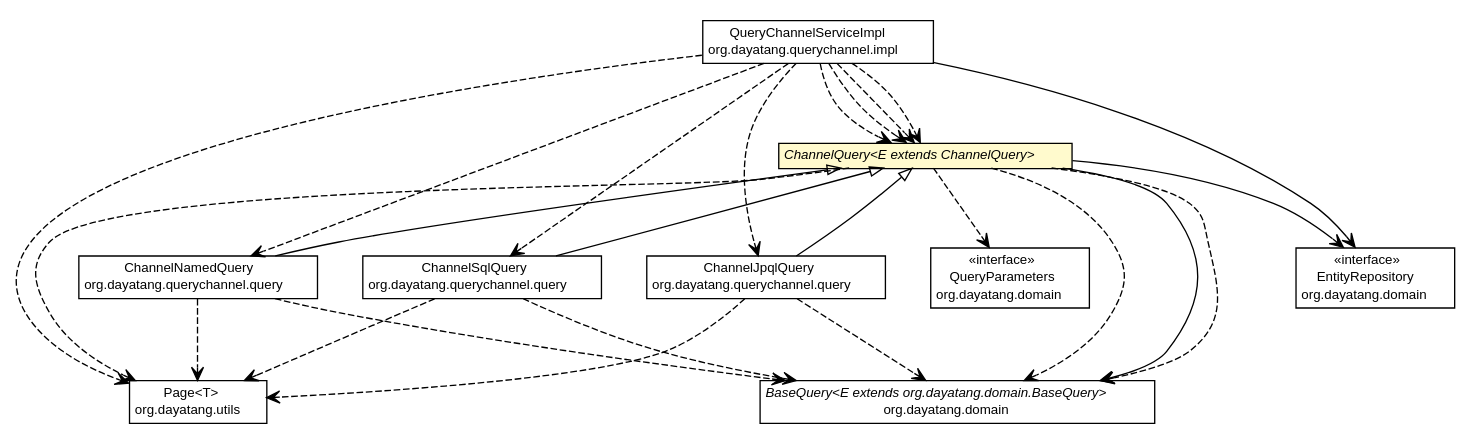
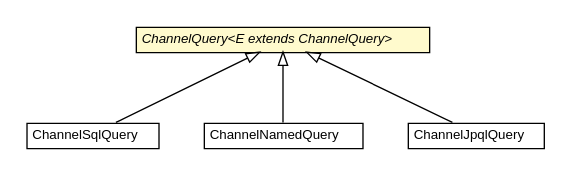
Before and after one commit to dayatang/dddlib: the diagram in dddlib-query-channel/apidocs/org/dayatang/querychannel/ChannelQuery.dot, drawn with Graphviz. The commit also changed 148 other files, not shown here.

```diff
--- a/dddlib-query-channel/apidocs/org/dayatang/querychannel/ChannelQuery.dot
+++ b/dddlib-query-channel/apidocs/org/dayatang/querychannel/ChannelQuery.dot
@@ -1,124 +1,42 @@
 #!/usr/local/bin/dot
 #
 # Class diagram 
 # Generated by UMLGraph version R5_6_6-8-g8d7759 (http://www.umlgraph.org/)
 #
 
 digraph G {
 	edge [fontname="Helvetica",fontsize=10,labelfontname="Helvetica",labelfontsize=10];
 	node [fontname="Helvetica",fontsize=10,shape=plaintext];
 	nodesep=0.25;
 	ranksep=0.5;
 	// org.dayatang.querychannel.ChannelQuery<E extends org.dayatang.querychannel.ChannelQuery>
-	c57 [label=<<table title="org.dayatang.querychannel.ChannelQuery" border="0" cellborder="1" cellspacing="0" cellpadding="2" port="p" bgcolor="lemonChiffon" href="./ChannelQuery.html">
+	c38 [label=<<table title="org.dayatang.querychannel.ChannelQuery" border="0" cellborder="1" cellspacing="0" cellpadding="2" port="p" bgcolor="lemonChiffon" href="./ChannelQuery.html">
 		<tr><td><table border="0" cellspacing="0" cellpadding="1">
 <tr><td align="center" balign="center"><font face="Helvetica-Oblique"> ChannelQuery&lt;E extends ChannelQuery&gt; </font></td></tr>
 		</table></td></tr>
 		</table>>, URL="./ChannelQuery.html", fontname="Helvetica", fontcolor="black", fontsize=10.0];
-	// org.dayatang.querychannel.impl.QueryChannelServiceImpl
-	c58 [label=<<table title="org.dayatang.querychannel.impl.QueryChannelServiceImpl" border="0" cellborder="1" cellspacing="0" cellpadding="2" port="p" href="./impl/QueryChannelServiceImpl.html">
-		<tr><td><table border="0" cellspacing="0" cellpadding="1">
-<tr><td align="center" balign="center"> QueryChannelServiceImpl </td></tr>
-<tr><td align="center" balign="center"> org.dayatang.querychannel.impl </td></tr>
-		</table></td></tr>
-		</table>>, URL="./impl/QueryChannelServiceImpl.html", fontname="Helvetica", fontcolor="black", fontsize=10.0];
 	// org.dayatang.querychannel.query.ChannelSqlQuery
-	c59 [label=<<table title="org.dayatang.querychannel.query.ChannelSqlQuery" border="0" cellborder="1" cellspacing="0" cellpadding="2" port="p" href="./query/ChannelSqlQuery.html">
+	c40 [label=<<table title="org.dayatang.querychannel.query.ChannelSqlQuery" border="0" cellborder="1" cellspacing="0" cellpadding="2" port="p" href="./query/ChannelSqlQuery.html">
 		<tr><td><table border="0" cellspacing="0" cellpadding="1">
 <tr><td align="center" balign="center"> ChannelSqlQuery </td></tr>
-<tr><td align="center" balign="center"> org.dayatang.querychannel.query </td></tr>
 		</table></td></tr>
 		</table>>, URL="./query/ChannelSqlQuery.html", fontname="Helvetica", fontcolor="black", fontsize=10.0];
 	// org.dayatang.querychannel.query.ChannelNamedQuery
-	c60 [label=<<table title="org.dayatang.querychannel.query.ChannelNamedQuery" border="0" cellborder="1" cellspacing="0" cellpadding="2" port="p" href="./query/ChannelNamedQuery.html">
+	c41 [label=<<table title="org.dayatang.querychannel.query.ChannelNamedQuery" border="0" cellborder="1" cellspacing="0" cellpadding="2" port="p" href="./query/ChannelNamedQuery.html">
 		<tr><td><table border="0" cellspacing="0" cellpadding="1">
 <tr><td align="center" balign="center"> ChannelNamedQuery </td></tr>
-<tr><td align="center" balign="center"> org.dayatang.querychannel.query </td></tr>
 		</table></td></tr>
 		</table>>, URL="./query/ChannelNamedQuery.html", fontname="Helvetica", fontcolor="black", fontsize=10.0];
 	// org.dayatang.querychannel.query.ChannelJpqlQuery
-	c61 [label=<<table title="org.dayatang.querychannel.query.ChannelJpqlQuery" border="0" cellborder="1" cellspacing="0" cellpadding="2" port="p" href="./query/ChannelJpqlQuery.html">
+	c42 [label=<<table title="org.dayatang.querychannel.query.ChannelJpqlQuery" border="0" cellborder="1" cellspacing="0" cellpadding="2" port="p" href="./query/ChannelJpqlQuery.html">
 		<tr><td><table border="0" cellspacing="0" cellpadding="1">
 <tr><td align="center" balign="center"> ChannelJpqlQuery </td></tr>
-<tr><td align="center" balign="center"> org.dayatang.querychannel.query </td></tr>
 		</table></td></tr>
 		</table>>, URL="./query/ChannelJpqlQuery.html", fontname="Helvetica", fontcolor="black", fontsize=10.0];
 	//org.dayatang.querychannel.query.ChannelSqlQuery extends org.dayatang.querychannel.ChannelQuery<org.dayatang.querychannel.query.ChannelSqlQuery>
-	c57:p -> c59:p [dir=back,arrowtail=empty];
+	c38:p -> c40:p [dir=back,arrowtail=empty];
 	//org.dayatang.querychannel.query.ChannelNamedQuery extends org.dayatang.querychannel.ChannelQuery<org.dayatang.querychannel.query.ChannelNamedQuery>
-	c57:p -> c60:p [dir=back,arrowtail=empty];
+	c38:p -> c41:p [dir=back,arrowtail=empty];
 	//org.dayatang.querychannel.query.ChannelJpqlQuery extends org.dayatang.querychannel.ChannelQuery<org.dayatang.querychannel.query.ChannelJpqlQuery>
-	c57:p -> c61:p [dir=back,arrowtail=empty];
-	// org.dayatang.querychannel.ChannelQuery<E extends org.dayatang.querychannel.ChannelQuery> NAVASSOC org.dayatang.domain.EntityRepository
-	c57:p -> c62:p [taillabel="", label=" "headlabel="", fontname="Helvetica", fontcolor="black", fontsize=10.0, color="black", arrowhead=open];
-	// org.dayatang.querychannel.ChannelQuery<E extends org.dayatang.querychannel.ChannelQuery> NAVASSOC org.dayatang.domain.BaseQuery<E extends org.dayatang.domain.BaseQuery>
-	c57:p -> c63:p [taillabel="", label=" "headlabel="", fontname="Helvetica", fontcolor="black", fontsize=10.0, color="black", arrowhead=open];
-	// org.dayatang.querychannel.impl.QueryChannelServiceImpl NAVASSOC org.dayatang.domain.EntityRepository
-	c58:p -> c62:p [taillabel="", label=" "headlabel="", fontname="Helvetica", fontcolor="black", fontsize=10.0, color="black", arrowhead=open];
-	// org.dayatang.querychannel.ChannelQuery<E extends org.dayatang.querychannel.ChannelQuery> DEPEND org.dayatang.domain.BaseQuery<E extends org.dayatang.domain.BaseQuery>
-	c57:p -> c63:p [taillabel="", label=" "headlabel="", fontname="Helvetica", fontcolor="black", fontsize=10.0, color="black", arrowhead=open, style=dashed];
-	// org.dayatang.querychannel.ChannelQuery<E extends org.dayatang.querychannel.ChannelQuery> DEPEND org.dayatang.domain.BaseQuery<E extends org.dayatang.domain.BaseQuery>
-	c57:p -> c63:p [taillabel="", label=" "headlabel="", fontname="Helvetica", fontcolor="black", fontsize=10.0, color="black", arrowhead=open, style=dashed];
-	// org.dayatang.querychannel.ChannelQuery<E extends org.dayatang.querychannel.ChannelQuery> DEPEND org.dayatang.utils.Page<T>
-	c57:p -> c64:p [taillabel="", label=" "headlabel="", fontname="Helvetica", fontcolor="black", fontsize=10.0, color="black", arrowhead=open, style=dashed];
-	// org.dayatang.querychannel.ChannelQuery<E extends org.dayatang.querychannel.ChannelQuery> DEPEND org.dayatang.domain.QueryParameters
-	c57:p -> c65:p [taillabel="", label=" "headlabel="", fontname="Helvetica", fontcolor="black", fontsize=10.0, color="black", arrowhead=open, style=dashed];
-	// org.dayatang.querychannel.impl.QueryChannelServiceImpl DEPEND org.dayatang.querychannel.query.ChannelNamedQuery
-	c58:p -> c60:p [taillabel="", label=" "headlabel="", fontname="Helvetica", fontcolor="black", fontsize=10.0, color="black", arrowhead=open, style=dashed];
-	// org.dayatang.querychannel.impl.QueryChannelServiceImpl DEPEND org.dayatang.querychannel.ChannelQuery<E extends org.dayatang.querychannel.ChannelQuery>
-	c58:p -> c57:p [taillabel="", label=" "headlabel="", fontname="Helvetica", fontcolor="black", fontsize=10.0, color="black", arrowhead=open, style=dashed];
-	// org.dayatang.querychannel.impl.QueryChannelServiceImpl DEPEND org.dayatang.querychannel.query.ChannelSqlQuery
-	c58:p -> c59:p [taillabel="", label=" "headlabel="", fontname="Helvetica", fontcolor="black", fontsize=10.0, color="black", arrowhead=open, style=dashed];
-	// org.dayatang.querychannel.impl.QueryChannelServiceImpl DEPEND org.dayatang.querychannel.ChannelQuery<E extends org.dayatang.querychannel.ChannelQuery>
-	c58:p -> c57:p [taillabel="", label=" "headlabel="", fontname="Helvetica", fontcolor="black", fontsize=10.0, color="black", arrowhead=open, style=dashed];
-	// org.dayatang.querychannel.impl.QueryChannelServiceImpl DEPEND org.dayatang.querychannel.ChannelQuery<E extends org.dayatang.querychannel.ChannelQuery>
-	c58:p -> c57:p [taillabel="", label=" "headlabel="", fontname="Helvetica", fontcolor="black", fontsize=10.0, color="black", arrowhead=open, style=dashed];
-	// org.dayatang.querychannel.impl.QueryChannelServiceImpl DEPEND org.dayatang.querychannel.ChannelQuery<E extends org.dayatang.querychannel.ChannelQuery>
-	c58:p -> c57:p [taillabel="", label=" "headlabel="", fontname="Helvetica", fontcolor="black", fontsize=10.0, color="black", arrowhead=open, style=dashed];
-	// org.dayatang.querychannel.impl.QueryChannelServiceImpl DEPEND org.dayatang.utils.Page<T>
-	c58:p -> c64:p [taillabel="", label=" "headlabel="", fontname="Helvetica", fontcolor="black", fontsize=10.0, color="black", arrowhead=open, style=dashed];
-	// org.dayatang.querychannel.impl.QueryChannelServiceImpl DEPEND org.dayatang.querychannel.query.ChannelJpqlQuery
-	c58:p -> c61:p [taillabel="", label=" "headlabel="", fontname="Helvetica", fontcolor="black", fontsize=10.0, color="black", arrowhead=open, style=dashed];
-	// org.dayatang.querychannel.query.ChannelSqlQuery DEPEND org.dayatang.domain.BaseQuery<E extends org.dayatang.domain.BaseQuery>
-	c59:p -> c63:p [taillabel="", label=" "headlabel="", fontname="Helvetica", fontcolor="black", fontsize=10.0, color="black", arrowhead=open, style=dashed];
-	// org.dayatang.querychannel.query.ChannelSqlQuery DEPEND org.dayatang.utils.Page<T>
-	c59:p -> c64:p [taillabel="", label=" "headlabel="", fontname="Helvetica", fontcolor="black", fontsize=10.0, color="black", arrowhead=open, style=dashed];
-	// org.dayatang.querychannel.query.ChannelNamedQuery DEPEND org.dayatang.domain.BaseQuery<E extends org.dayatang.domain.BaseQuery>
-	c60:p -> c63:p [taillabel="", label=" "headlabel="", fontname="Helvetica", fontcolor="black", fontsize=10.0, color="black", arrowhead=open, style=dashed];
-	// org.dayatang.querychannel.query.ChannelNamedQuery DEPEND org.dayatang.utils.Page<T>
-	c60:p -> c64:p [taillabel="", label=" "headlabel="", fontname="Helvetica", fontcolor="black", fontsize=10.0, color="black", arrowhead=open, style=dashed];
-	// org.dayatang.querychannel.query.ChannelJpqlQuery DEPEND org.dayatang.utils.Page<T>
-	c61:p -> c64:p [taillabel="", label=" "headlabel="", fontname="Helvetica", fontcolor="black", fontsize=10.0, color="black", arrowhead=open, style=dashed];
-	// org.dayatang.querychannel.query.ChannelJpqlQuery DEPEND org.dayatang.domain.BaseQuery<E extends org.dayatang.domain.BaseQuery>
-	c61:p -> c63:p [taillabel="", label=" "headlabel="", fontname="Helvetica", fontcolor="black", fontsize=10.0, color="black", arrowhead=open, style=dashed];
-	// org.dayatang.utils.Page<T>
-	c64 [label=<<table title="org.dayatang.utils.Page" border="0" cellborder="1" cellspacing="0" cellpadding="2" port="p" href="http://java.sun.com/j2se/1.4.2/docs/api/org/dayatang/utils/Page.html">
-		<tr><td><table border="0" cellspacing="0" cellpadding="1">
-<tr><td align="center" balign="center"> Page&lt;T&gt; </td></tr>
-<tr><td align="center" balign="center"> org.dayatang.utils </td></tr>
-		</table></td></tr>
-		</table>>, URL="http://java.sun.com/j2se/1.4.2/docs/api/org/dayatang/utils/Page.html", fontname="Helvetica", fontcolor="black", fontsize=10.0];
-	// org.dayatang.domain.QueryParameters
-	c65 [label=<<table title="org.dayatang.domain.QueryParameters" border="0" cellborder="1" cellspacing="0" cellpadding="2" port="p" href="http://java.sun.com/j2se/1.4.2/docs/api/org/dayatang/domain/QueryParameters.html">
-		<tr><td><table border="0" cellspacing="0" cellpadding="1">
-<tr><td align="center" balign="center"> &#171;interface&#187; </td></tr>
-<tr><td align="center" balign="center"> QueryParameters </td></tr>
-<tr><td align="center" balign="center"> org.dayatang.domain </td></tr>
-		</table></td></tr>
-		</table>>, URL="http://java.sun.com/j2se/1.4.2/docs/api/org/dayatang/domain/QueryParameters.html", fontname="Helvetica", fontcolor="black", fontsize=10.0];
-	// org.dayatang.domain.EntityRepository
-	c62 [label=<<table title="org.dayatang.domain.EntityRepository" border="0" cellborder="1" cellspacing="0" cellpadding="2" port="p" href="http://java.sun.com/j2se/1.4.2/docs/api/org/dayatang/domain/EntityRepository.html">
-		<tr><td><table border="0" cellspacing="0" cellpadding="1">
-<tr><td align="center" balign="center"> &#171;interface&#187; </td></tr>
-<tr><td align="center" balign="center"> EntityRepository </td></tr>
-<tr><td align="center" balign="center"> org.dayatang.domain </td></tr>
-		</table></td></tr>
-		</table>>, URL="http://java.sun.com/j2se/1.4.2/docs/api/org/dayatang/domain/EntityRepository.html", fontname="Helvetica", fontcolor="black", fontsize=10.0];
-	// org.dayatang.domain.BaseQuery<E extends org.dayatang.domain.BaseQuery>
-	c63 [label=<<table title="org.dayatang.domain.BaseQuery" border="0" cellborder="1" cellspacing="0" cellpadding="2" port="p" href="http://java.sun.com/j2se/1.4.2/docs/api/org/dayatang/domain/BaseQuery.html">
-		<tr><td><table border="0" cellspacing="0" cellpadding="1">
-<tr><td align="center" balign="center"><font face="Helvetica-Oblique"> BaseQuery&lt;E extends org.dayatang.domain.BaseQuery&gt; </font></td></tr>
-<tr><td align="center" balign="center"> org.dayatang.domain </td></tr>
-		</table></td></tr>
-		</table>>, URL="http://java.sun.com/j2se/1.4.2/docs/api/org/dayatang/domain/BaseQuery.html", fontname="Helvetica", fontcolor="black", fontsize=10.0];
+	c38:p -> c42:p [dir=back,arrowtail=empty];
 }
```
